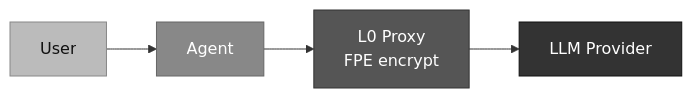
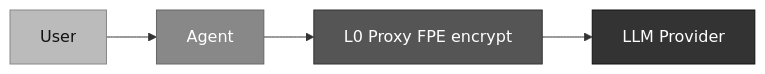
Before and after one commit to OpenObscure/OpenObscure: the sixth of 14 diagrams in ARCHITECTURE.md, drawn with Mermaid. The commit also changed other lines of this file and 1 other file, not shown here.

First line of the commit message:
Remove \n line breaks from mermaid flowchart labels

````diff
--- a/ARCHITECTURE.md
+++ b/ARCHITECTURE.md
@@ -270,11 +270,11 @@
 ```mermaid
 flowchart LR
     user["User"] --> agent["Agent"]
-    agent --> l0["L0 Proxy\nFPE encrypt"]
+    agent --> l0["L0 Proxy FPE encrypt"]
     l0 --> llm["LLM Provider"]
 
     style user fill:#bbb,stroke:#888,color:#111
     style agent fill:#888,stroke:#666,color:#fff
     style l0 fill:#555,stroke:#333,color:#fff
     style llm fill:#333,stroke:#111,color:#fff
 ```
````
